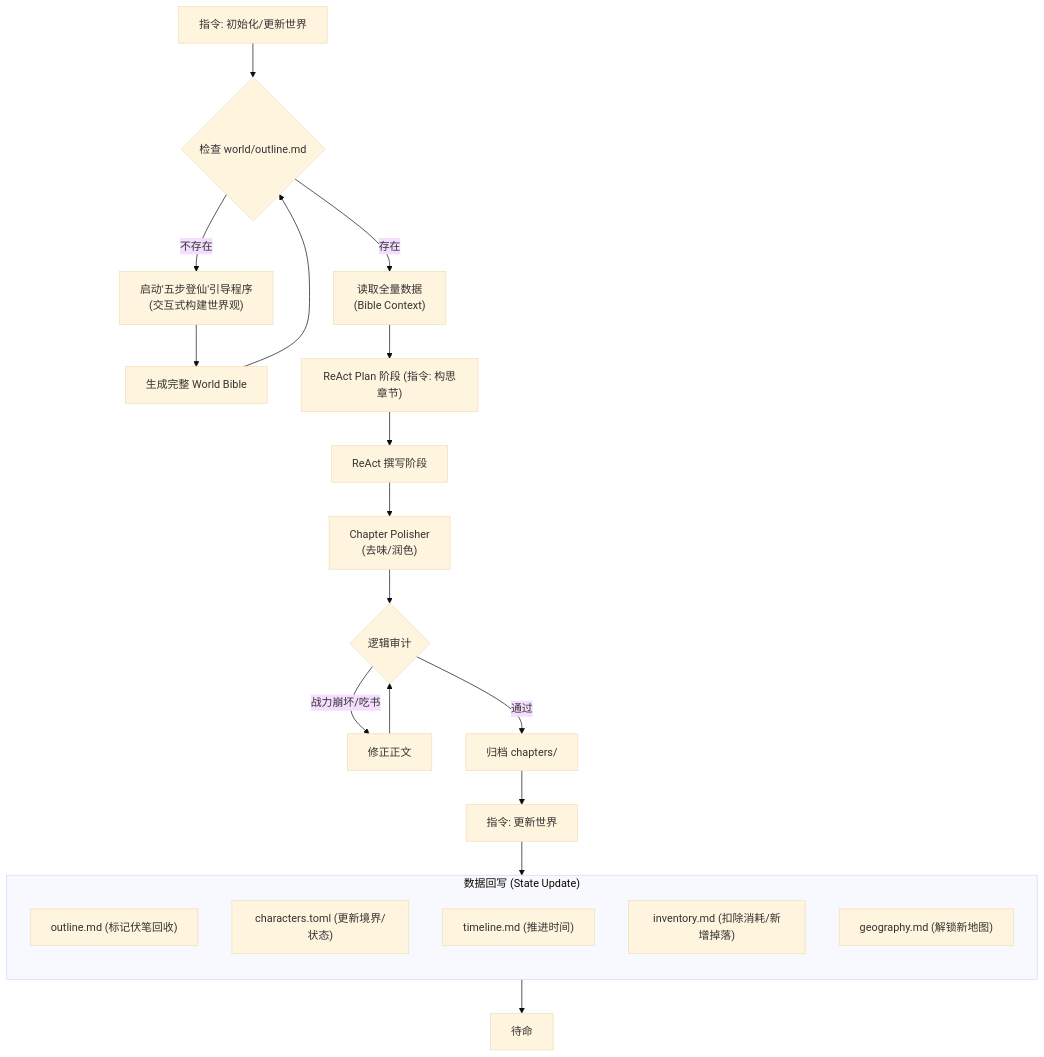
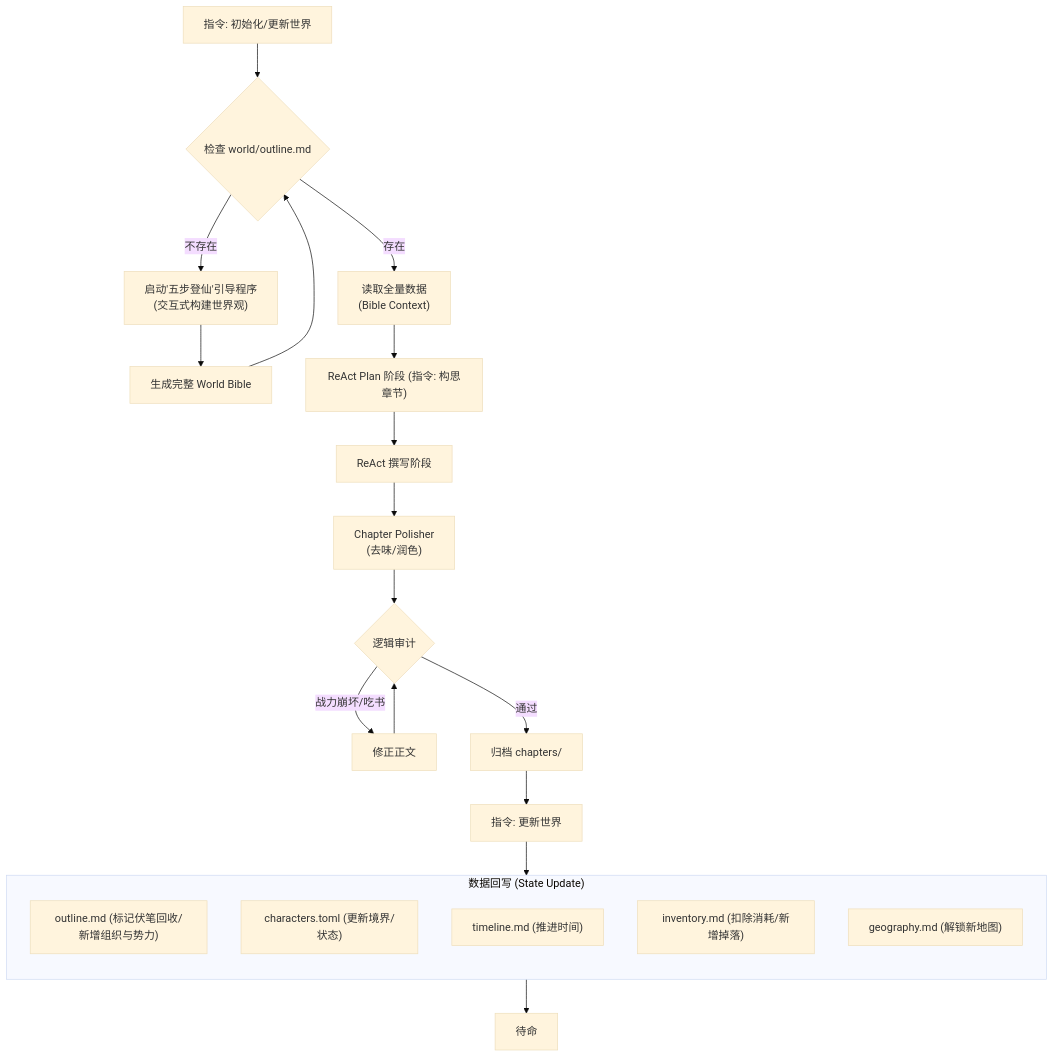
One commit to tiger-yi/novel-assistant changed the diagram in AGENTS.md. Above: the diagram before and after it, drawn with Mermaid (base theme). The commit also changed other lines of this file and 4 other files, not shown here.

````diff
--- a/AGENTS.md
+++ b/AGENTS.md
@@ -48,33 +48,33 @@
 ```mermaid
 flowchart TD
     Start["指令: 初始化/更新世界"] --> CheckOutline{"检查 world/outline.md"}
 
     CheckOutline -->|"不存在"| Genesis["启动'五步登仙'引导程序\n(交互式构建世界观)"]
     Genesis --> GenerateBible["生成完整 World Bible"]
     GenerateBible --> CheckOutline
 
     CheckOutline -->|"存在"| Read["读取全量数据\n(Bible Context)"]
 
     Read --> Plan["ReAct Plan 阶段 (指令: 构思章节)"]
     Plan --> Draft["ReAct 撰写阶段"]
     Draft --> Polish["Chapter Polisher\n(去味/润色)"]
     Polish --> Verify{"逻辑审计"}
     
     Verify -->|"战力崩坏/吃书"| Fix["修正正文"]
     Fix --> Verify
     
     Verify -->|"通过"| Publish["归档 chapters/"]
     Publish --> Update["指令: 更新世界"]
     
     subgraph UpdateBible ["数据回写 (State Update)"]
         direction TB
-        U1["outline.md (标记伏笔回收)"]
+        U1["outline.md (标记伏笔回收/新增组织与势力)"]
         U2["characters.toml (更新境界/状态)"]
         U3["timeline.md (推进时间)"]
         U4["inventory.md (扣除消耗/新增掉落)"]
         U5["geography.md (解锁新地图)"]
     end
     
     Update --> UpdateBible
     UpdateBible --> Finish["待命"]
 ```
````
